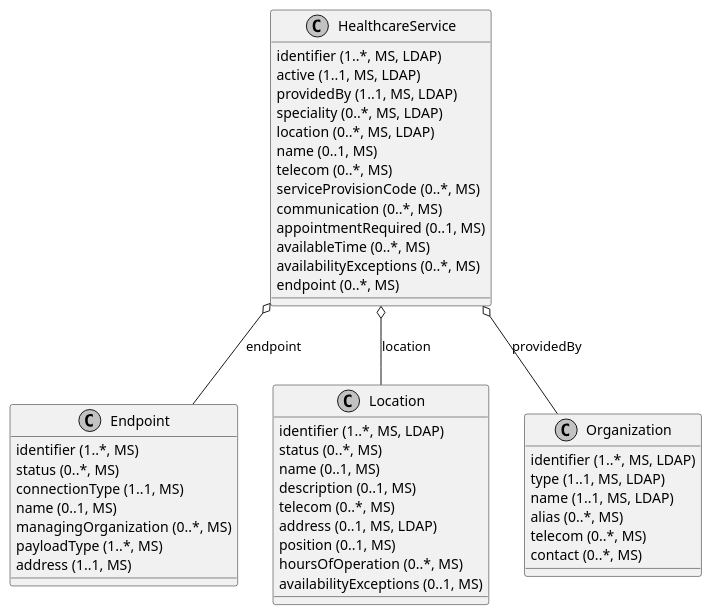
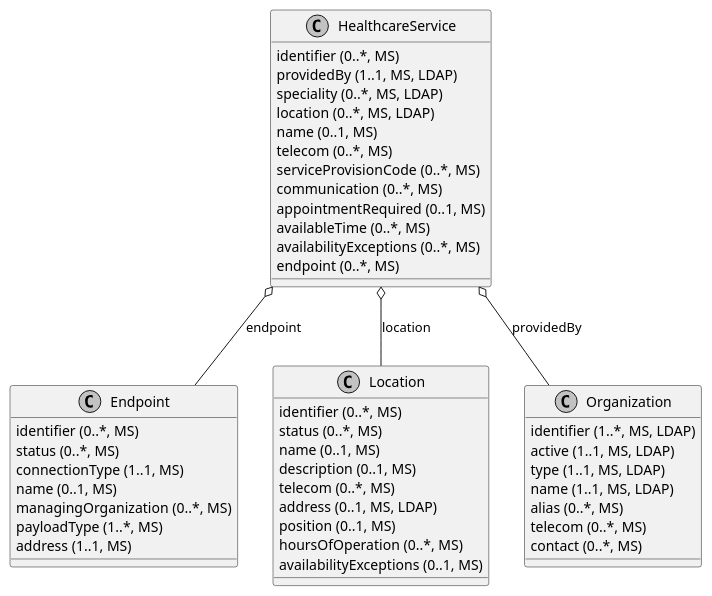
The diagram in src/plantuml/ClassDiagram.HealthcareService.puml (gematik/api-vzd), drawn with PlantUML before and after one commit. The commit also changed 1 other file, not shown here.

Commit message:
changed active and identifier

```diff
--- a/src/plantuml/ClassDiagram.HealthcareService.puml
+++ b/src/plantuml/ClassDiagram.HealthcareService.puml
@@ -1,51 +1,51 @@
 @startuml ClassDiagram.HealthcareService
 skinparam monochrome true
 class HealthcareService {
-  {field} identifier (1..*, MS, LDAP)
-  {field} active (1..1, MS, LDAP)
+  {field} identifier (0..*, MS)
   {field} providedBy (1..1, MS, LDAP)
   {field} speciality (0..*, MS, LDAP)
   {field} location (0..*, MS, LDAP)
   {field} name (0..1, MS)
   {field} telecom (0..*, MS)
   {field} serviceProvisionCode (0..*, MS)
   {field} communication (0..*, MS)
   {field} appointmentRequired (0..1, MS)
   {field} availableTime (0..*, MS)
   {field} availabilityExceptions (0..*, MS)
   {field} endpoint (0..*, MS)
 }
 class Endpoint {
-  {field} identifier (1..*, MS)
+  {field} identifier (0..*, MS)
   {field} status (0..*, MS)
   {field} connectionType (1..1, MS)
   {field} name (0..1, MS)
   {field} managingOrganization (0..*, MS)
   {field} payloadType (1..*, MS)
   {field} address (1..1, MS)
 }
 class Location {
-  {field} identifier (1..*, MS, LDAP)
+  {field} identifier (0..*, MS)
   {field} status (0..*, MS)
   {field} name (0..1, MS)
   {field} description (0..1, MS)
   {field} telecom (0..*, MS)
   {field} address (0..1, MS, LDAP)
   {field} position (0..1, MS)
   {field} hoursOfOperation (0..*, MS)
   {field} availabilityExceptions (0..1, MS)
 }
 class Organization {
   {field} identifier (1..*, MS, LDAP)
+  {field} active (1..1, MS, LDAP)
   {field} type (1..1, MS, LDAP)
   {field} name (1..1, MS, LDAP)
   {field} alias (0..*, MS)
   {field} telecom (0..*, MS)
   {field} contact (0..*, MS)
 }
 
 HealthcareService o-- Organization: providedBy
 HealthcareService o-- Endpoint: endpoint
 HealthcareService o-- Location: location
 
 @enduml
```
